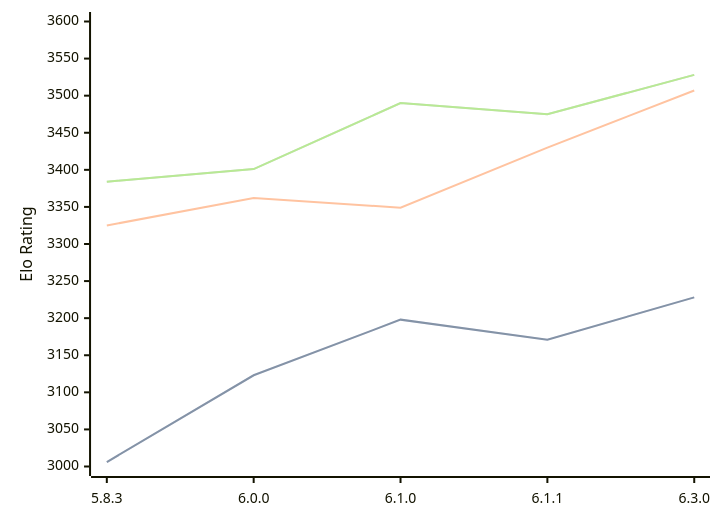
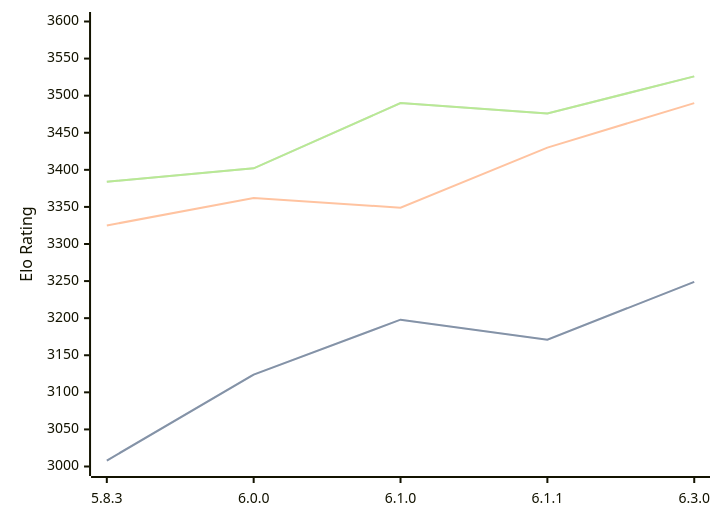
Before and after one commit to computer-chess-index/cci: the diagram in engines/Zigqueen.md, drawn with Mermaid. The commit also changed other lines of this file, not shown here.

Commit message:
Update CCI Ratings (ELO VLTC) - 2026-10-08

````diff
--- a/engines/Zigqueen.md
+++ b/engines/Zigqueen.md
@@ -39,11 +39,11 @@
 ```mermaid
 %%{init: {"theme":"base","themeVariables":{"seriesColors:['#a3a3a3','#222221','#faa371']}}}%%
 xychart-beta
   x-axis ["5.8.3", "6.0.0", "6.1.0", "6.1.1", "6.3.0"]
   y-axis "Elo Rating" 3000 --> 3600
-  line "" [3006, 3123, 3198, 3171, 3228]
-  line "STC (8.0+0.08s)" [3006, 3123, 3198, 3171, 3228]
-  line "LTC (60.0+0.60s)" [3325, 3362, 3349, 3430, 3507]
-  line "" [3384, 3401, 3490, 3475, 3528]
-  line "VLTC (2m24s+1.12s)" [3384, 3401, 3490, 3475, 3528]
+  line "" [3008, 3124, 3198, 3171, 3249]
+  line "STC (8.0+0.08s)" [3008, 3124, 3198, 3171, 3249]
+  line "LTC (60.0+0.60s)" [3325, 3362, 3349, 3430, 3490]
+  line "" [3384, 3402, 3490, 3476, 3526]
+  line "VLTC (2m24s+1.12s)" [3384, 3402, 3490, 3476, 3526]
 ```
````
